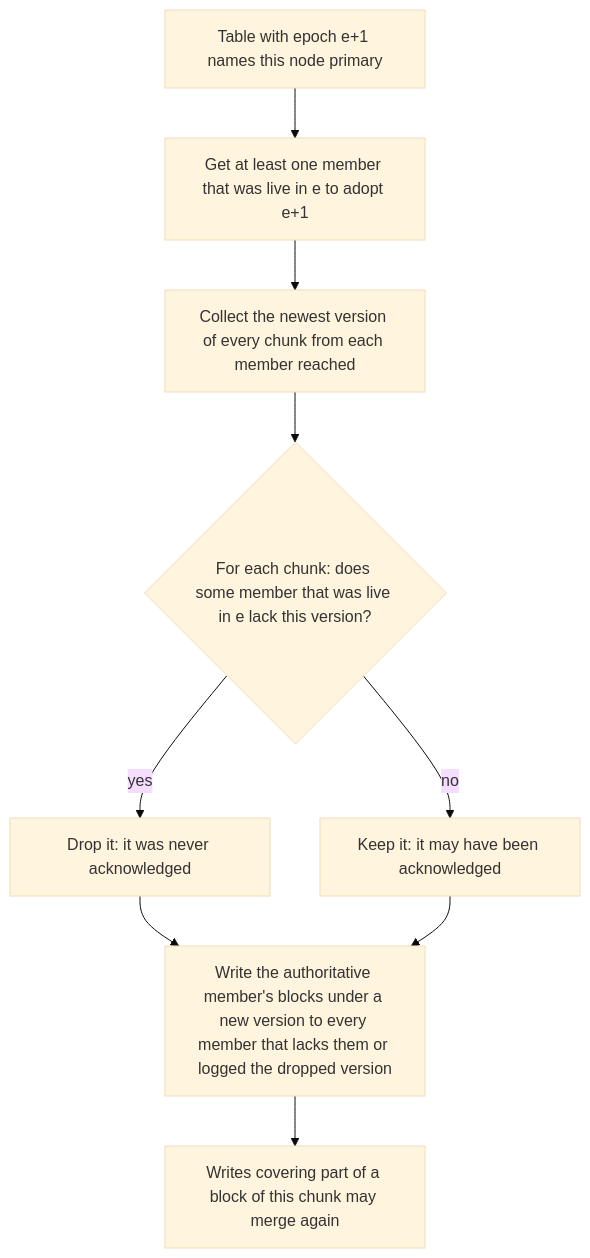
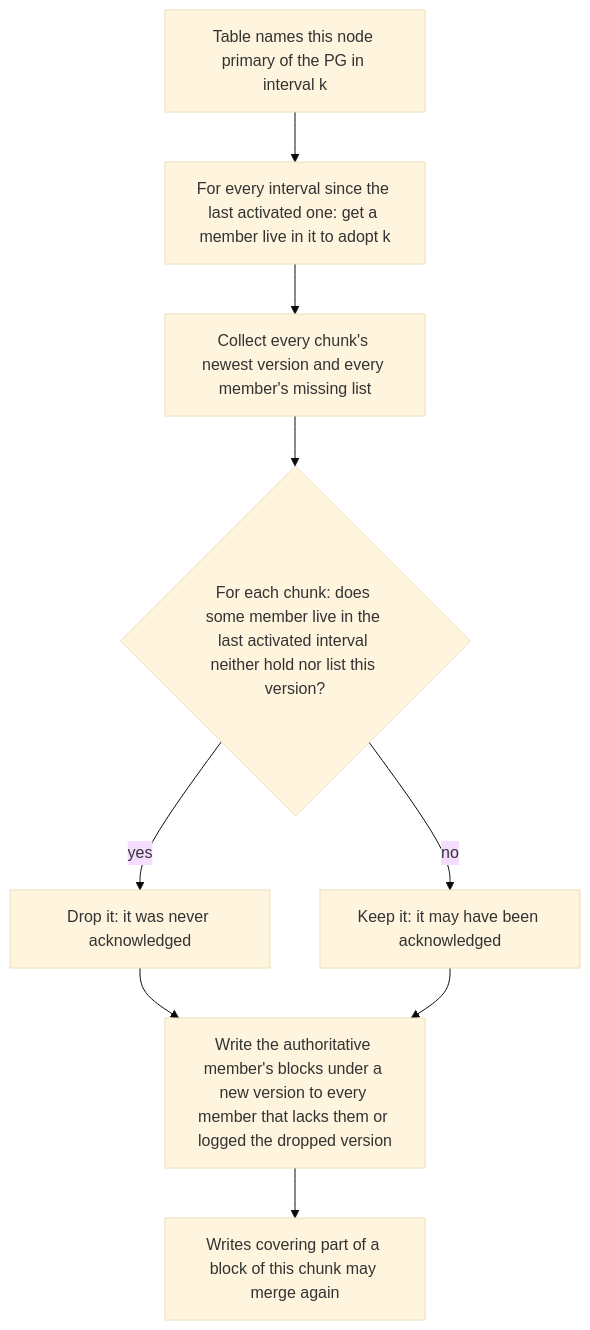
One commit to nvcnvn/rock-solid changed the fourth of 9 diagrams in blogs/03-epochs-leases-and-failures.md. Above: the diagram before and after it, drawn with Mermaid (base theme). The commit also changed other lines of this file and 11 other files, not shown here.

````diff
--- a/blogs/03-epochs-leases-and-failures.md
+++ b/blogs/03-epochs-leases-and-failures.md
@@ -272,11 +325,11 @@
 ```mermaid
 flowchart TD
-    T["Table with epoch e+1 names this node primary"] --> AD["Get at least one member that was live in e to adopt e+1"]
-    AD --> CO["Collect the newest version of every chunk from each member reached"]
-    CO --> Q{"For each chunk: does some member that was live in e lack this version?"}
+    T["Table names this node primary of the PG in interval k"] --> AD["For every interval since the last activated one: get a member live in it to adopt k"]
+    AD --> CO["Collect every chunk's newest version and every member's missing list"]
+    CO --> Q{"For each chunk: does some member live in the last activated interval neither hold nor list this version?"}
     Q -- yes --> DR["Drop it: it was never acknowledged"]
     Q -- no --> KE["Keep it: it may have been acknowledged"]
     DR --> RE["Write the authoritative member's blocks under a new version to every member that lacks them or logged the dropped version"]
     KE --> RE
     RE --> PW["Writes covering part of a block of this chunk may merge again"]
 ```
````
